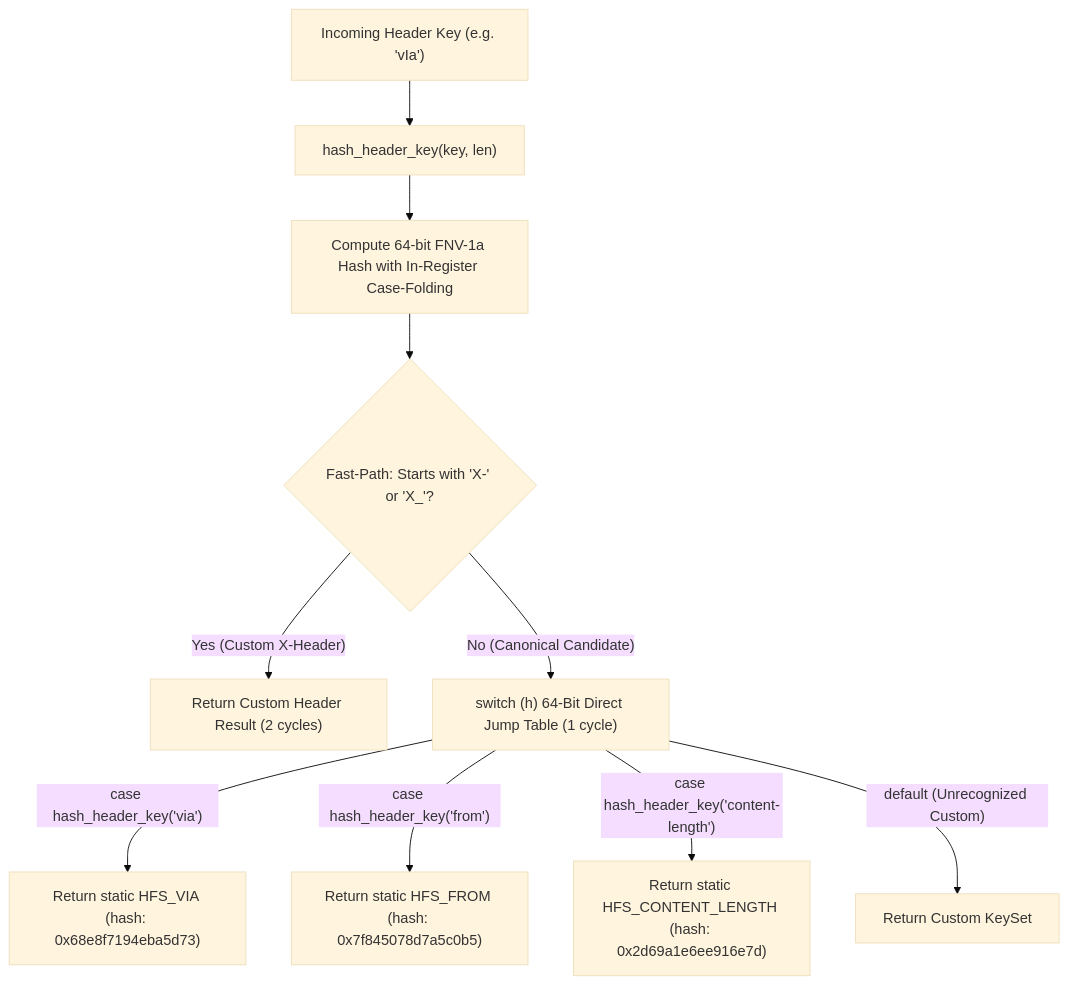
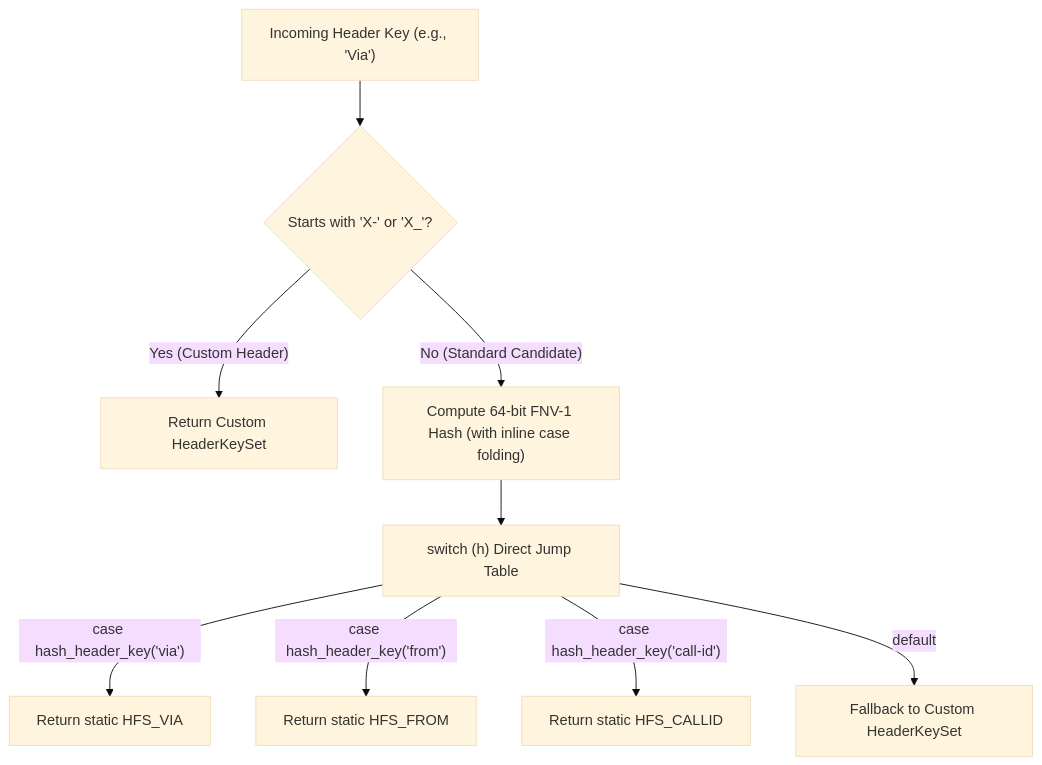
One commit to SiddiqSoft/sip2json changed the diagram in docs/architecture/optimization_choices.md. Above: the diagram before and after it, drawn with Mermaid (base theme). The commit also changed other lines of this file and 23 other files, not shown here.

````diff
--- a/docs/architecture/optimization_choices.md
+++ b/docs/architecture/optimization_choices.md
@@ -9,12 +58,11 @@
 ```mermaid
 flowchart TD
-    A["Incoming Header Key (e.g. 'vIa')"] --> B["hash_header_key(key, len)"]
-    B --> C["Compute 64-bit FNV-1a Hash with In-Register Case-Folding"]
-    C --> D{"Fast-Path: Starts with 'X-' or 'X_'?"}
-    D -- "Yes (Custom X-Header)" --> E["Return Custom Header Result (2 cycles)"]
-    D -- "No (Canonical Candidate)" --> F["switch (h) 64-Bit Direct Jump Table (1 cycle)"]
-    F -- "case hash_header_key('via')" --> G["Return static HFS_VIA (hash: 0x68e8f7194eba5d73)"]
-    F -- "case hash_header_key('from')" --> H["Return static HFS_FROM (hash: 0x7f845078d7a5c0b5)"]
-    F -- "case hash_header_key('content-length')" --> I["Return static HFS_CONTENT_LENGTH (hash: 0x2d69a1e6ee916e7d)"]
-    F -- "default (Unrecognized Custom)" --> J["Return Custom KeySet"]
+    A["Incoming Header Key (e.g., 'Via')"] --> B{"Starts with 'X-' or 'X_'?"}
+    B -- "Yes (Custom Header)" --> C["Return Custom HeaderKeySet"]
+    B -- "No (Standard Candidate)" --> D["Compute 64-bit FNV-1 Hash (with inline case folding)"]
+    D --> E["switch (h) Direct Jump Table"]
+    E -- "case hash_header_key('via')" --> F["Return static HFS_VIA"]
+    E -- "case hash_header_key('from')" --> G["Return static HFS_FROM"]
+    E -- "case hash_header_key('call-id')" --> H["Return static HFS_CALLID"]
+    E -- "default" --> I["Fallback to Custom HeaderKeySet"]
 ```
````
